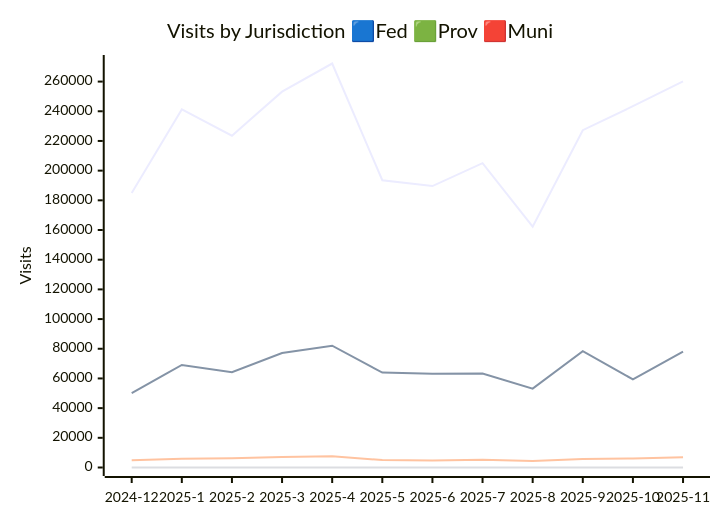
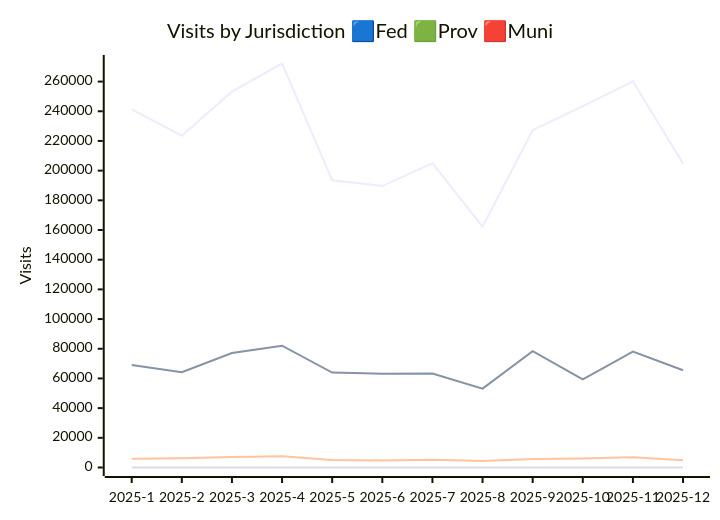
The second of 3 diagrams in JURISDICTION_ANALYTICS_REPORT/readme.md (open-data/analytics-corporate-reporting), drawn with Mermaid before and after one commit. The commit also changed other lines of this file and 3 other files, not shown here.

````diff
--- a/JURISDICTION_ANALYTICS_REPORT/readme.md
+++ b/JURISDICTION_ANALYTICS_REPORT/readme.md
@@ -27,11 +27,11 @@
 ```mermaid
 
 xychart-beta
     title "Visits by Jurisdiction 🟦Fed 🟩Prov 🟥Muni"
-    x-axis [2024-12, 2025-1, 2025-2, 2025-3, 2025-4, 2025-5, 2025-6, 2025-7, 2025-8, 2025-9, 2025-10, 2025-11]
+    x-axis [2025-1, 2025-2, 2025-3, 2025-4, 2025-5, 2025-6, 2025-7, 2025-8, 2025-9, 2025-10, 2025-11, 2025-12]
     y-axis "Visits" 0 --> 272184
-    line [184987, 241281, 223560, 253204, 272174, 193520, 189613, 205048, 162241, 227241, 243414, 260165]
-    line [50149, 69107, 64203, 77115, 82079, 63929, 63114, 63329, 53168, 78346, 59359, 78072]
-    line [4924, 5948, 6234, 6993, 7564, 5052, 4744, 5256, 4401, 5808, 6100, 6934]
-    line [0, 0, 0, 0, 0, 0, 0, 0, 0, 0, 13, 7]
+    line [241281, 223560, 253204, 272174, 193520, 189613, 205048, 162241, 227241, 243414, 260165, 204721]
+    line [69107, 64203, 77115, 82079, 63929, 63114, 63329, 53168, 78346, 59359, 78072, 65505]
+    line [5948, 6234, 6993, 7564, 5052, 4744, 5256, 4401, 5808, 6100, 6934, 4827]
+    line [0, 0, 0, 0, 0, 0, 0, 0, 0, 13, 7, 27]
 ```
````
